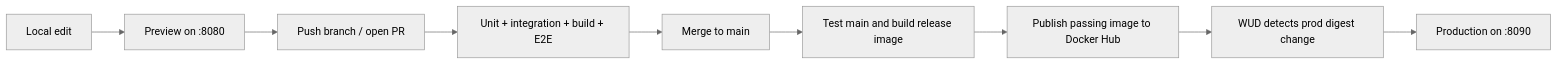
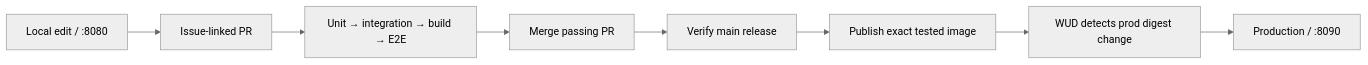
The diagram in README.md (kaw393939/is373_ci_cd), drawn with Mermaid (neutral theme) before and after one commit. The commit also changed other lines of this file and 9 other files, not shown here.

Commit message:
docs: publish verified demo runbook and release evidence (#8)

````diff
--- a/README.md
+++ b/README.md
@@ -30,11 +49,10 @@
 ```mermaid
 flowchart LR
-    edit[Local edit] --> dev[Preview on :8080]
-    dev --> git[Push branch / open PR]
-    git --> checks[Unit + integration + build + E2E]
-    checks --> merge[Merge to main]
-    merge --> recheck[Test main and build release image]
-    recheck --> hub[Publish passing image to Docker Hub]
+    edit[Local edit / :8080] --> pr[Issue-linked PR]
+    pr --> checks[Unit → integration → build → E2E]
+    checks --> merge[Merge passing PR]
+    merge --> verify[Verify main release]
+    verify --> hub[Publish exact tested image]
     hub --> wud[WUD detects prod digest change]
-    wud --> prod[Production on :8090]
+    wud --> prod[Production / :8090]
 ```
````
